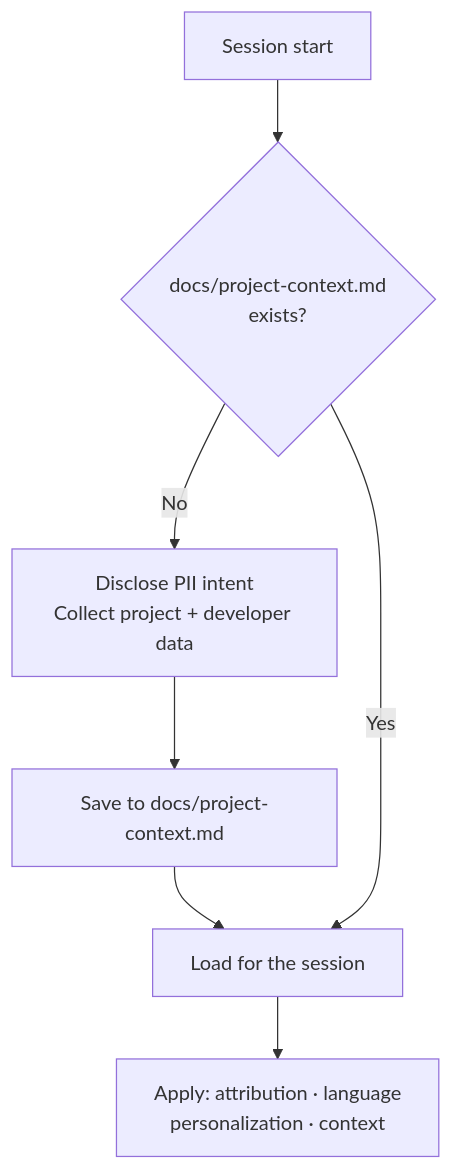
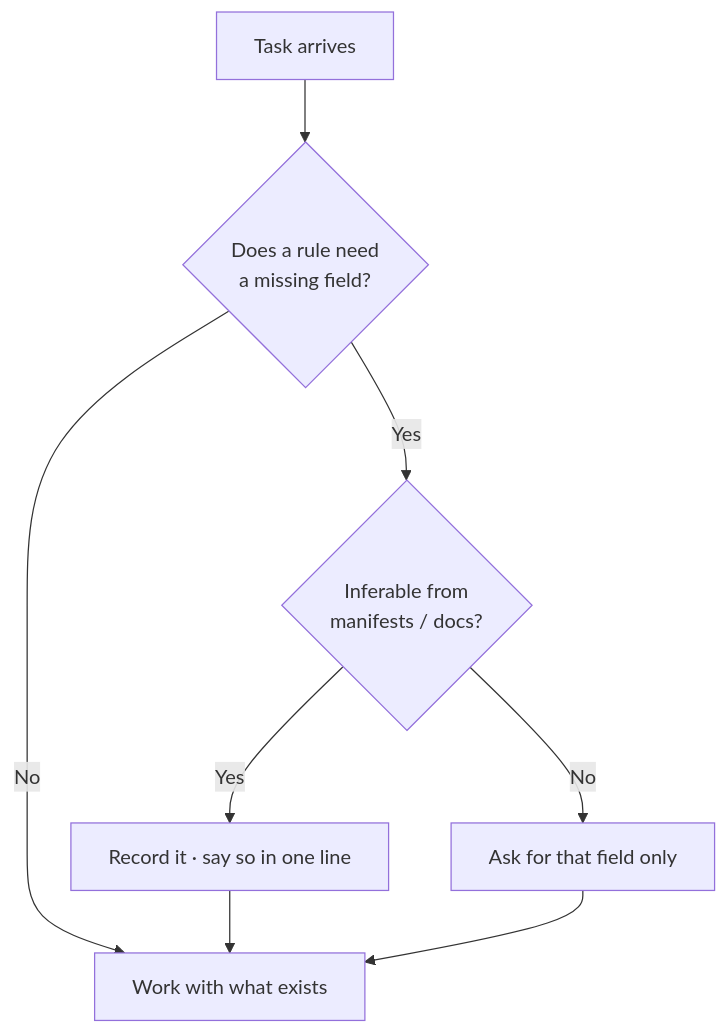
One commit to carrilloapps/skills changed the diagram in skills/ai-rules/README.md. Above: the diagram before and after it, drawn with Mermaid. The commit also changed other lines of this file and 672 other files, not shown here.

````diff
--- a/skills/ai-rules/README.md
+++ b/skills/ai-rules/README.md
@@ -133,9 +52,10 @@
 ```mermaid
 flowchart TD
-    A[Session start] --> B{docs/project-context.md\nexists?}
-    B -- No --> C[Disclose PII intent\nCollect project + developer data]
-    C --> D[Save to docs/project-context.md]
-    D --> E[Load for the session]
-    B -- Yes --> E
-    E --> F[Apply: attribution · language\npersonalization · context]
+    A[Task arrives] --> B{Does a rule need\na missing field?}
+    B -- No --> E[Work with what exists]
+    B -- Yes --> C{Inferable from\nmanifests / docs?}
+    C -- Yes --> D[Record it · say so in one line]
+    C -- No --> F[Ask for that field only]
+    D --> E
+    F --> E
 ```
````
